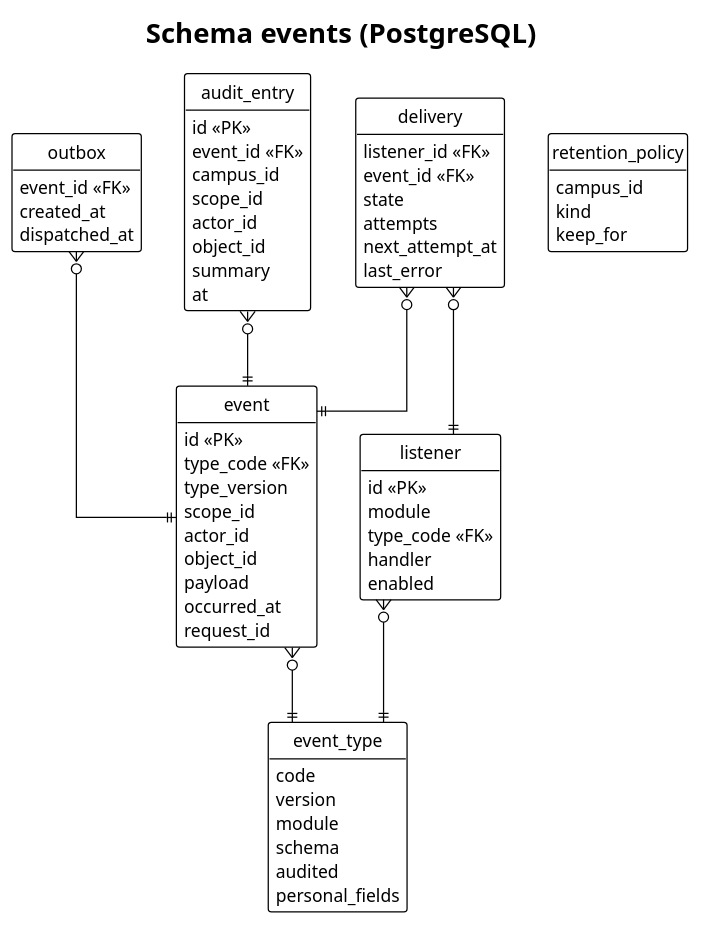
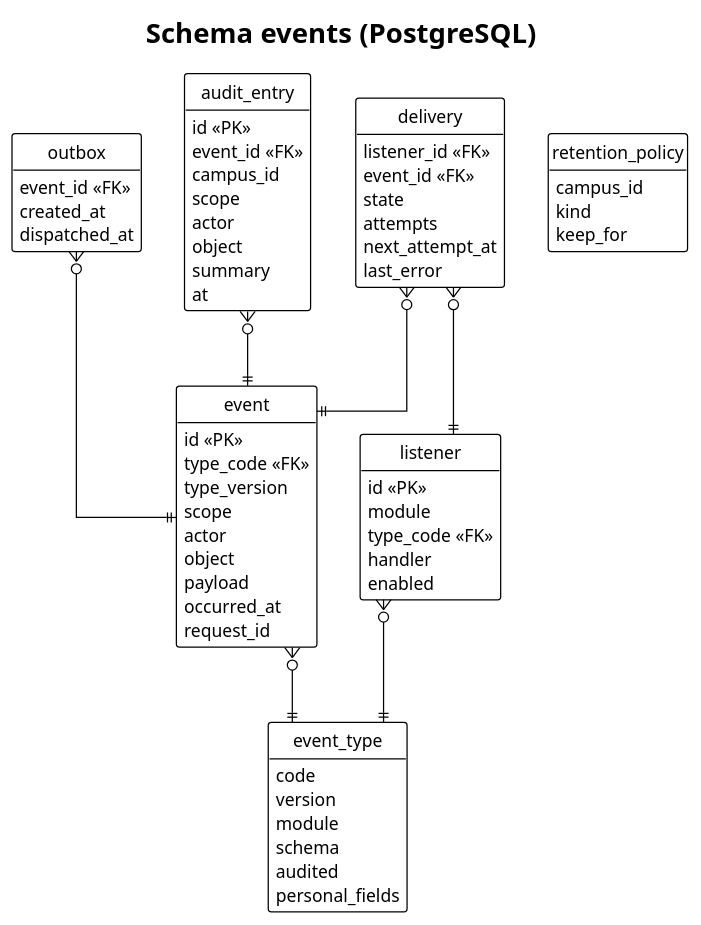
Before and after one commit to didactika/kampus: the diagram in docs/03-design/data-model/events.puml, drawn with PlantUML. The commit also changed 56 other files, not shown here.

```diff
--- a/docs/03-design/data-model/events.puml
+++ b/docs/03-design/data-model/events.puml
@@ -1,69 +1,69 @@
 @startuml
 !theme plain
 hide empty members
 hide circle
 skinparam linetype ortho
 title Schema events (PostgreSQL)
 
 entity event_type {
   code
   version
   module
   schema
   audited
   personal_fields
 }
 entity event {
   id <<PK>>
   type_code <<FK>>
   type_version
-  scope_id
-  actor_id
-  object_id
+  scope
+  actor
+  object
   payload
   occurred_at
   request_id
 }
 entity outbox {
   event_id <<FK>>
   created_at
   dispatched_at
 }
 entity listener {
   id <<PK>>
   module
   type_code <<FK>>
   handler
   enabled
 }
 entity delivery {
   listener_id <<FK>>
   event_id <<FK>>
   state
   attempts
   next_attempt_at
   last_error
 }
 entity audit_entry {
   id <<PK>>
   event_id <<FK>>
   campus_id
-  scope_id
-  actor_id
-  object_id
+  scope
+  actor
+  object
   summary
   at
 }
 entity retention_policy {
   campus_id
   kind
   keep_for
 }
 
 event }o--|| event_type
 outbox }o--|| event
 listener }o--|| event_type
 delivery }o--|| listener
 delivery }o--|| event
 audit_entry }o--|| event
 @enduml
```
